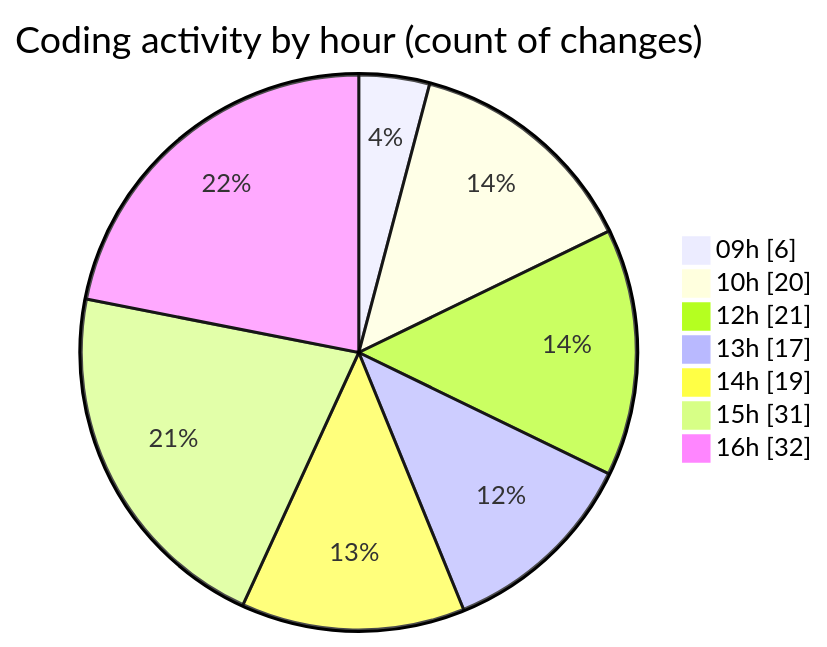
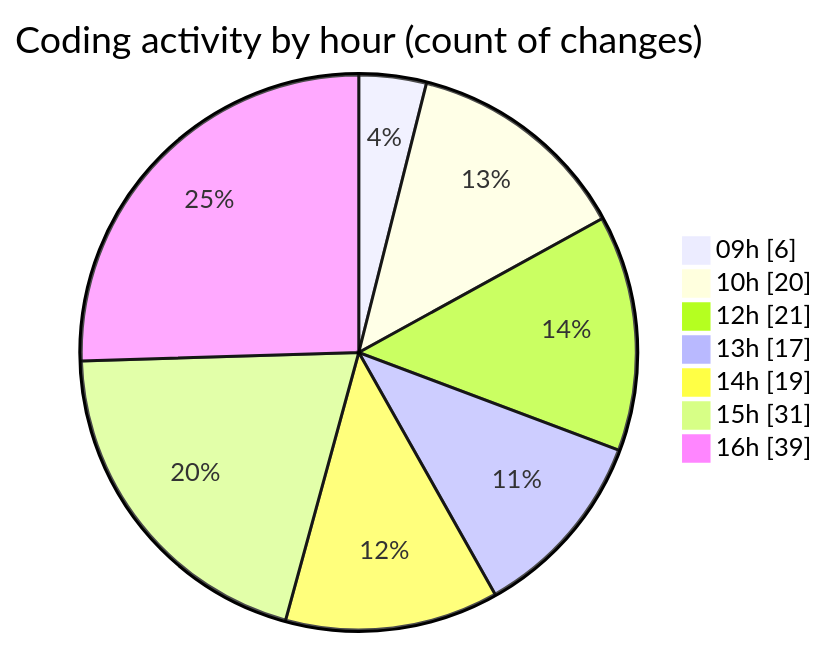
One commit to becaeroporto-bot/code-tracking changed the second of 2 diagrams in 2026-02-18/bot_v1_2/README.md. Above: the diagram before and after it, drawn with Mermaid. The commit also changed other lines of this file and 1 other file, not shown here.

````diff
--- a/2026-02-18/bot_v1_2/README.md
+++ b/2026-02-18/bot_v1_2/README.md
@@ -56,11 +57,11 @@
 ```mermaid
 pie showData
 title Coding activity by hour (count of changes)
 "09h" : 6
 "10h" : 20
 "12h" : 21
 "13h" : 17
 "14h" : 19
 "15h" : 31
-"16h" : 32
+"16h" : 39
 ```
````
